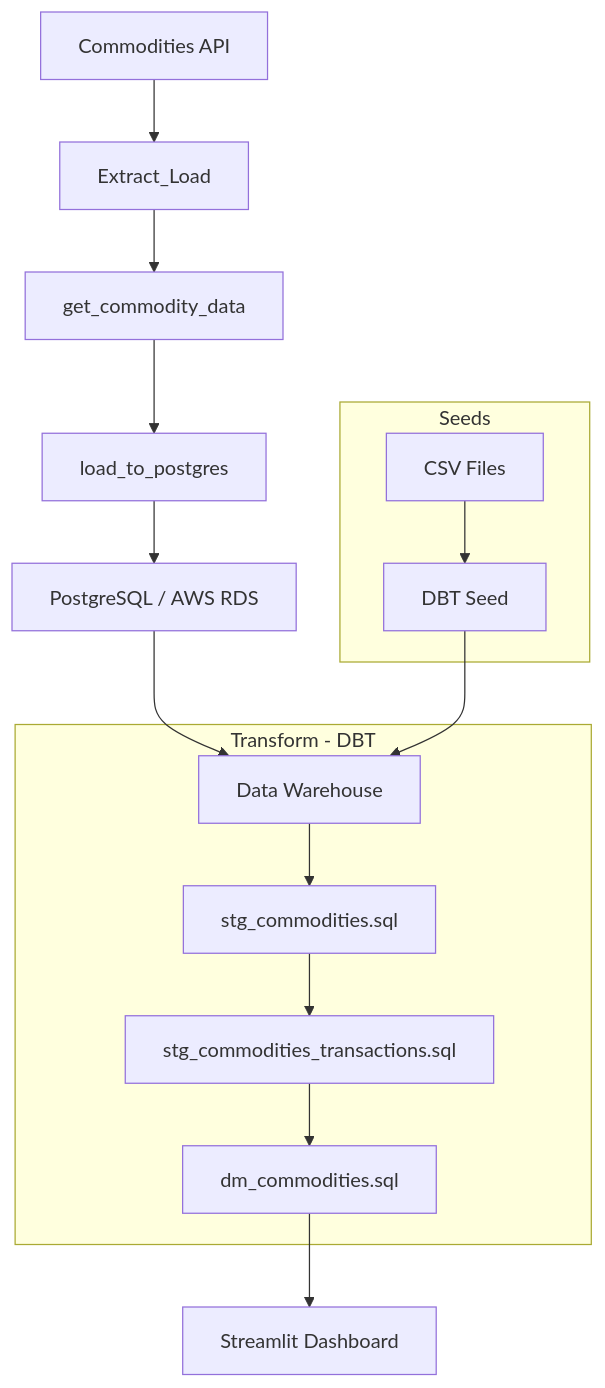
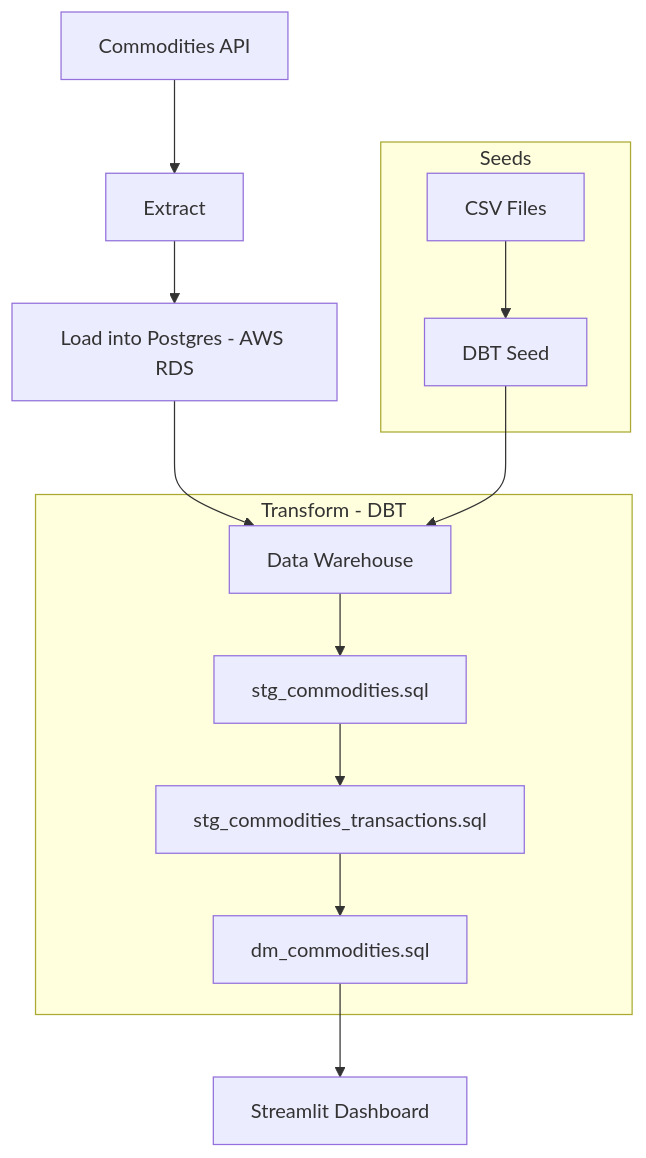
The diagram in README.md (heitornolla/Commodity-DW-on-AWS-RDS), drawn with Mermaid before and after one commit.

Commit message:
reduced mermaid

````diff
--- a/README.md
+++ b/README.md
@@ -34,21 +34,19 @@
 ```mermaid
 graph TD
-    A[Commodities API] --> B[Extract_Load]
-    B --> C[get_commodity_data]
-    C --> D[load_to_postgres]
-    D --> E[PostgreSQL / AWS RDS]
-    E --> F[Data Warehouse]
+    A[Commodities API] --> B[Extract]
+    B --> C[Load into Postgres - AWS RDS]
+    C --> D[Data Warehouse]
 
     subgraph DBT [Transform - DBT]
-        F --> G[stg_commodities.sql]
-        G --> H[stg_commodities_transactions.sql]
-        H --> I[dm_commodities.sql]
+        D --> E[stg_commodities.sql]
+        E --> F[stg_commodities_transactions.sql]
+        F --> G[dm_commodities.sql]
     end
 
     subgraph Seeds
-        J[CSV Files] --> K[DBT Seed]
-        K --> F
+        H[CSV Files] --> I[DBT Seed]
+        I --> D
     end
 
-    I --> M[Streamlit Dashboard]
+    G --> K[Streamlit Dashboard]
 ```
````
